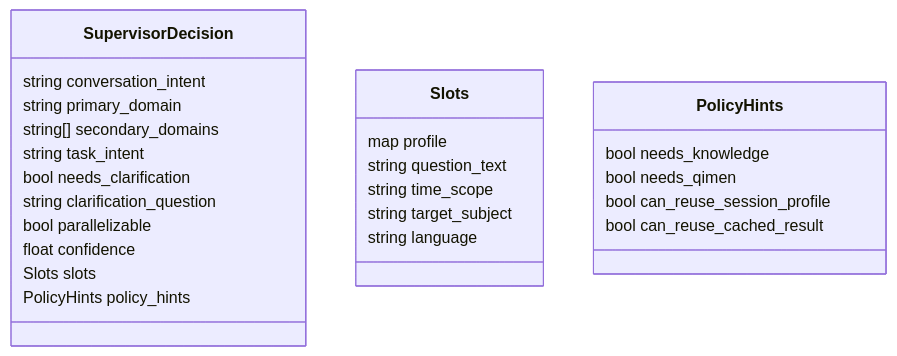
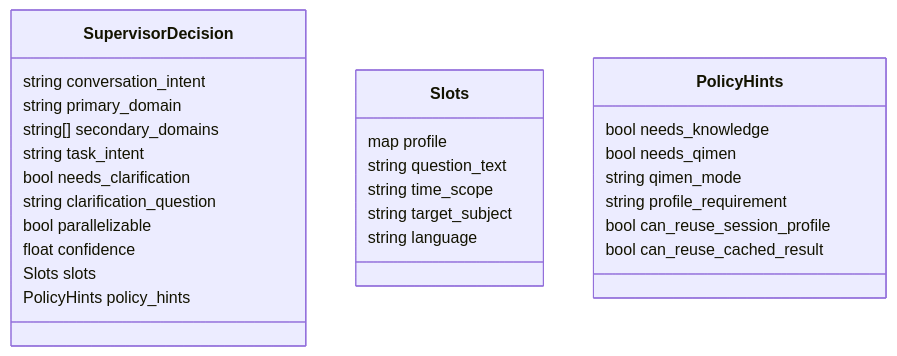
One commit to observer-mimiron/suanming-agent changed the second of 5 diagrams in docs/architecture/supervisor/02-routing-model.md. Above: the diagram before and after it, drawn with Mermaid. The commit also changed other lines of this file and 102 other files, not shown here.

````diff
--- a/docs/architecture/supervisor/02-routing-model.md
+++ b/docs/architecture/supervisor/02-routing-model.md
@@ -59,30 +60,32 @@
 ```mermaid
 classDiagram
     class SupervisorDecision {
       string conversation_intent
       string primary_domain
       string[] secondary_domains
       string task_intent
       bool needs_clarification
       string clarification_question
       bool parallelizable
       float confidence
       Slots slots
       PolicyHints policy_hints
     }
 
     class Slots {
       map profile
       string question_text
       string time_scope
       string target_subject
       string language
     }
 
     class PolicyHints {
       bool needs_knowledge
       bool needs_qimen
+      string qimen_mode
+      string profile_requirement
       bool can_reuse_session_profile
       bool can_reuse_cached_result
     }
 ```
````
